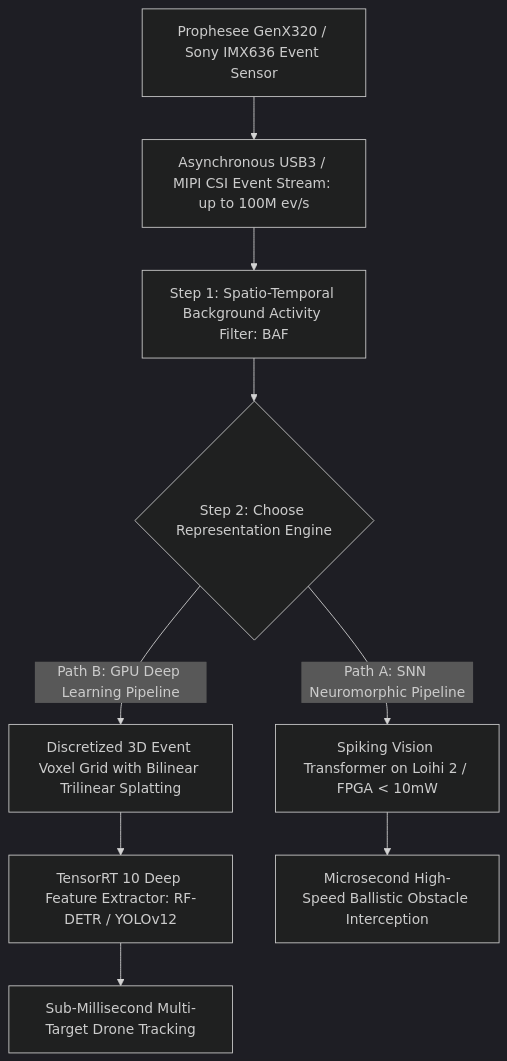
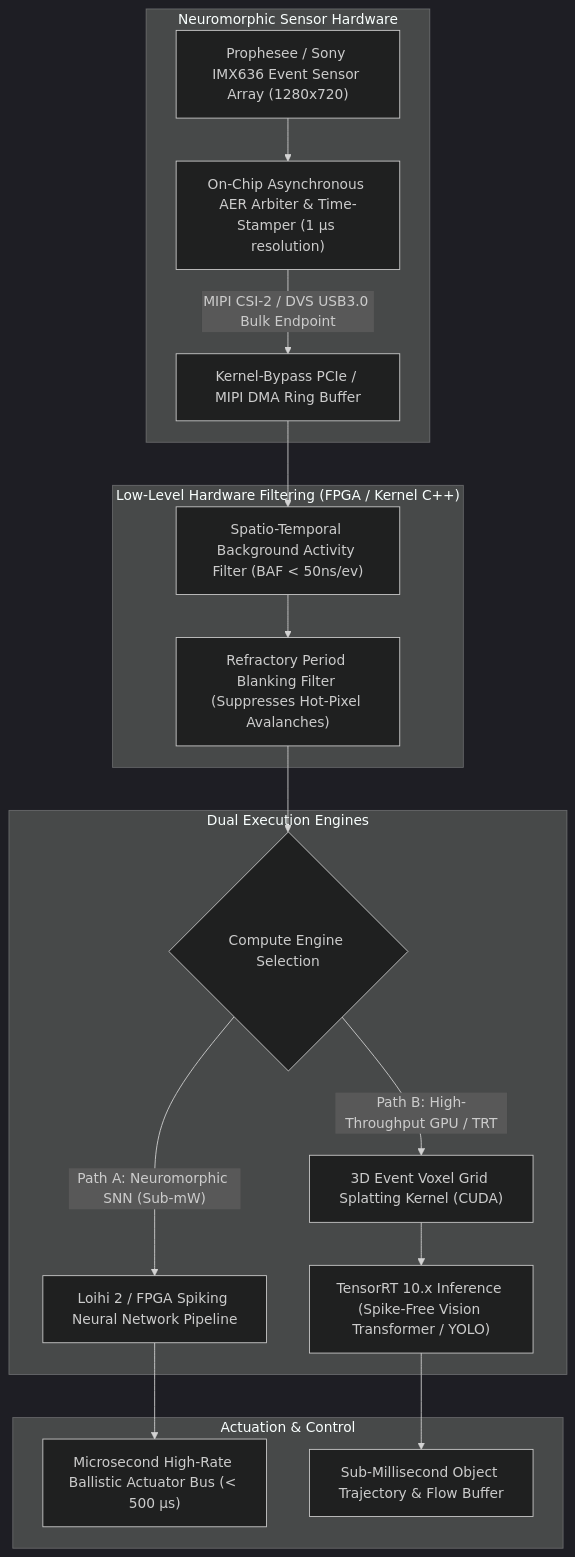
One commit to sergiomh499/cv-projects changed the diagram in topics/event-based-neuromorphic-vision/02-production-pipeline-and-workarounds.md. Above: the diagram before and after it, drawn with Mermaid (dark theme). The commit also changed other lines of this file and 41 other files, not shown here.

Commit message:
docs(vault): deep expansion across 20 topic production pipelines, 2025-2026 architectures (RF-DETR, Qwen2.5-VL, MambaVision), and complete taxonomy matrices

````diff
--- a/topics/event-based-neuromorphic-vision/02-production-pipeline-and-workarounds.md
+++ b/topics/event-based-neuromorphic-vision/02-production-pipeline-and-workarounds.md
@@ -23,11 +34,24 @@
 ```mermaid
 flowchart TD
-    Sensor["Prophesee GenX320 / Sony IMX636 Event Sensor"] --> RawStream["Asynchronous USB3 / MIPI CSI Event Stream: up to 100M ev/s"]
-    RawStream --> BackgroundFilter["Step 1: Spatio-Temporal Background Activity Filter: BAF"]
-    BackgroundFilter --> Surface{"Step 2: Choose Representation Engine"}
-    Surface -->|"Path A: SNN Neuromorphic Pipeline"| SNN["Spiking Vision Transformer on Loihi 2 / FPGA < 10mW"]
-    Surface -->|"Path B: GPU Deep Learning Pipeline"| VoxelGrid["Discretized 3D Event Voxel Grid with Bilinear Trilinear Splatting"]
-    VoxelGrid --> TRT["TensorRT 10 Deep Feature Extractor: RF-DETR / YOLOv12"]
-    SNN --> MicroAction["Microsecond High-Speed Ballistic Obstacle Interception"]
-    TRT --> HighSpeedTrack["Sub-Millisecond Multi-Target Drone Tracking"]
+    subgraph "Neuromorphic Sensor Hardware"
+        PixelArray["Prophesee / Sony IMX636 Event Sensor Array (1280x720)"] --> Arbiter["On-Chip Asynchronous AER Arbiter & Time-Stamper (1 µs resolution)"]
+        Arbiter -->|"MIPI CSI-2 / DVS USB3.0 Bulk Endpoint"| DMAHost["Kernel-Bypass PCIe / MIPI DMA Ring Buffer"]
+    end
+
+    subgraph "Low-Level Hardware Filtering (FPGA / Kernel C++)"
+        DMAHost --> BAF["Spatio-Temporal Background Activity Filter (BAF < 50ns/ev)"]
+        BAF --> Refractory["Refractory Period Blanking Filter (Suppresses Hot-Pixel Avalanches)"]
+    end
+
+    subgraph "Dual Execution Engines"
+        Refractory --> EngineRouter{"Compute Engine Selection"}
+        EngineRouter -->|"Path A: Neuromorphic SNN (Sub-mW)"| SNN["Loihi 2 / FPGA Spiking Neural Network Pipeline"]
+        EngineRouter -->|"Path B: High-Throughput GPU / TRT"| VoxelBuilder["3D Event Voxel Grid Splatting Kernel (CUDA)"]
+        VoxelBuilder --> TensorRT["TensorRT 10.x Inference (Spike-Free Vision Transformer / YOLO)"]
+    end
+
+    subgraph "Actuation & Control"
+        SNN --> HighRateControl["Microsecond High-Rate Ballistic Actuator Bus (< 500 µs)"]
+        TensorRT --> TrackOut["Sub-Millisecond Object Trajectory & Flow Buffer"]
+    end
 ```
````
